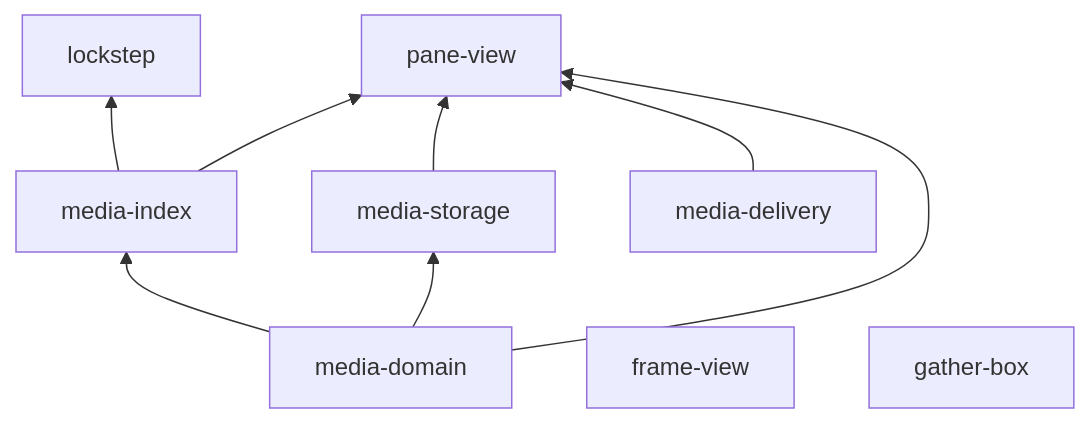
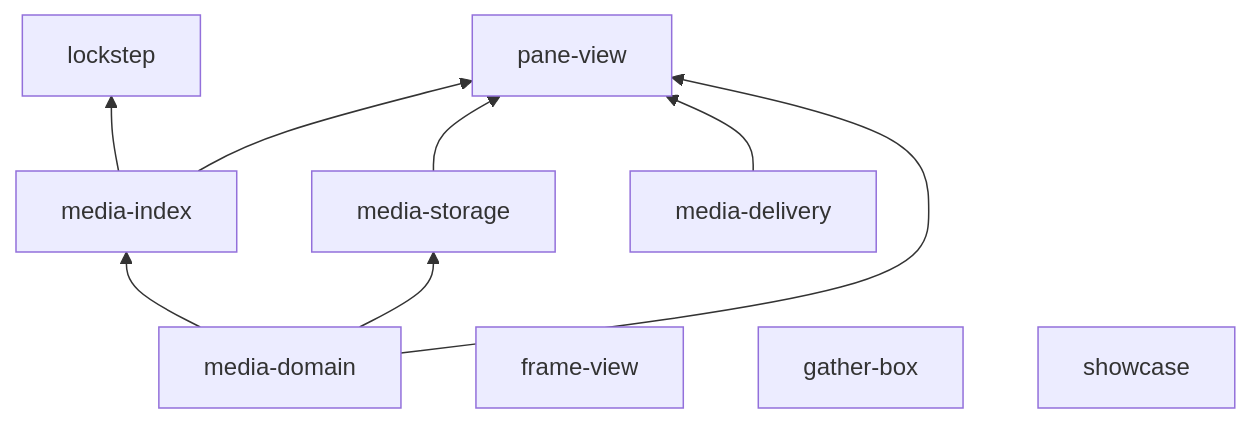
The diagram in docs/analysis/code-review-overall.md (Traydr/latch-works), drawn with Mermaid before and after one commit. The commit also changed other lines of this file and 1 other file, not shown here.

First line of the commit message:
Correct showcase app presence in code review overall doc

````diff
--- a/docs/analysis/code-review-overall.md
+++ b/docs/analysis/code-review-overall.md
@@ -34,19 +35,20 @@
 ```mermaid
 flowchart BT
   MD[media-domain]
   MI[media-index]
   MS[media-storage]
   MDel[media-delivery]
   PV[pane-view]
   FV[frame-view]
   GB[gather-box]
+  SC[showcase]
   LS[lockstep]
 
   MD --> MI
   MD --> MS
   MI --> LS
   MS --> PV
   MDel --> PV
   MD --> PV
   MI --> PV
 ```
````
